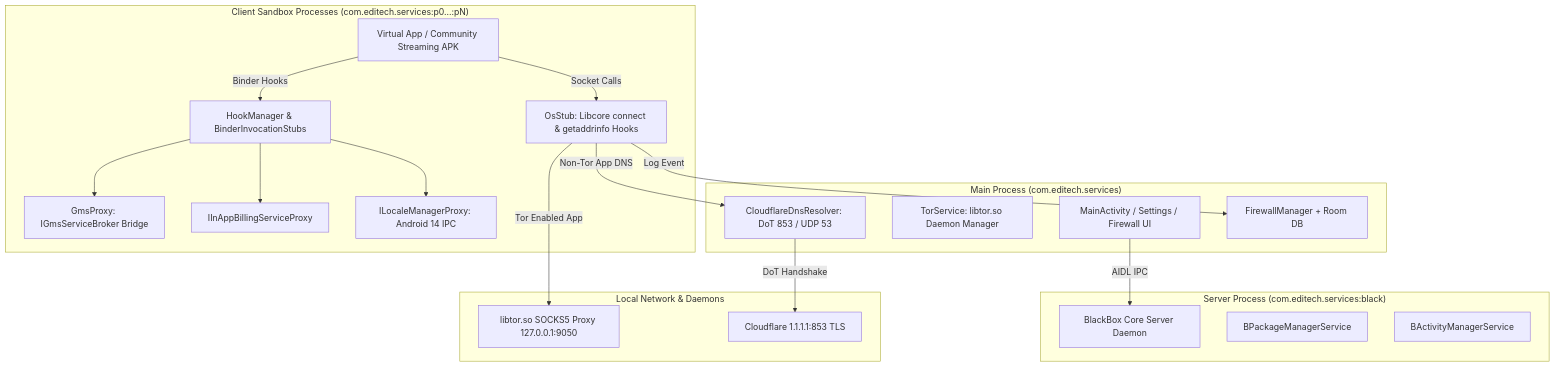
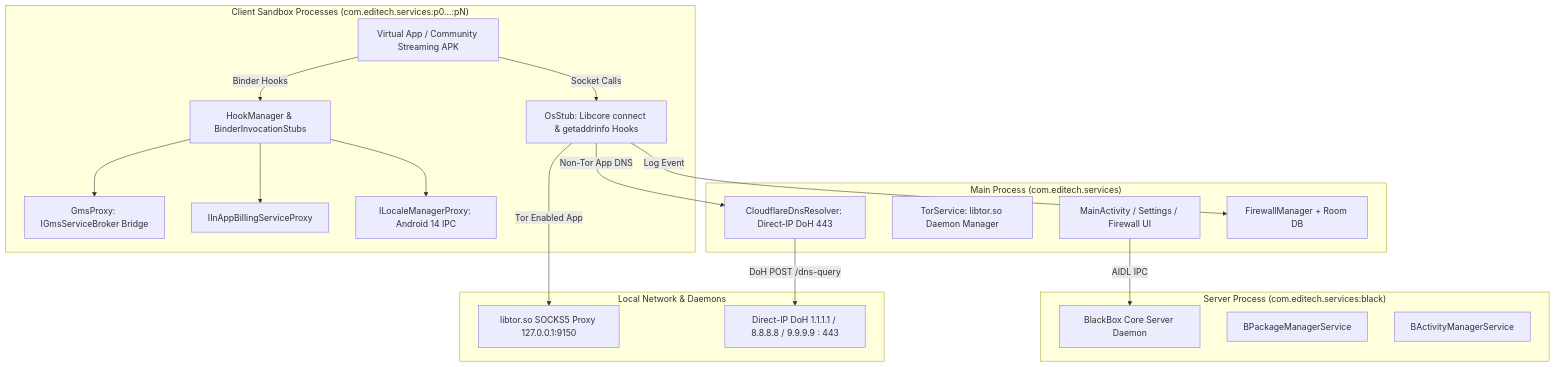
Before and after one commit to editech-dev/vortex-one: the diagram in DEVELOPER.md, drawn with Mermaid. The commit also changed other lines of this file and 5 other files, not shown here.

````diff
--- a/DEVELOPER.md
+++ b/DEVELOPER.md
@@ -25,40 +27,40 @@
 ```mermaid
 graph TD
     subgraph "Main Process (com.editech.services)"
         UI[MainActivity / Settings / Firewall UI]
         TorSvc[TorService: libtor.so Daemon Manager]
-        CFDNS[CloudflareDnsResolver: DoT 853 / UDP 53]
+        CFDNS[CloudflareDnsResolver: Direct-IP DoH 443]
         FWMgr[FirewallManager + Room DB]
     end
 
     subgraph "Server Process (com.editech.services:black)"
         BServer[BlackBox Core Server Daemon]
         BPMServer[BPackageManagerService]
         BAMServer[BActivityManagerService]
     end
 
     subgraph "Client Sandbox Processes (com.editech.services:p0...:pN)"
         VApp[Virtual App / Community Streaming APK]
         HookMgr[HookManager & BinderInvocationStubs]
         OsStub[OsStub: Libcore connect & getaddrinfo Hooks]
         GmsHook[GmsProxy: IGmsServiceBroker Bridge]
         BillHook[IInAppBillingServiceProxy]
         LocaleHook[ILocaleManagerProxy: Android 14 IPC]
     end
 
     subgraph "Local Network & Daemons"
-        TorDaemon[libtor.so SOCKS5 Proxy 127.0.0.1:9050]
-        DoTServer[Cloudflare 1.1.1.1:853 TLS]
+        TorDaemon[libtor.so SOCKS5 Proxy 127.0.0.1:9150]
+        DoHServer[Direct-IP DoH 1.1.1.1 / 8.8.8.8 / 9.9.9.9 : 443]
     end
 
     UI -->|AIDL IPC| BServer
     VApp -->|Binder Hooks| HookMgr
     HookMgr --> GmsHook
     HookMgr --> BillHook
     HookMgr --> LocaleHook
     VApp -->|Socket Calls| OsStub
     OsStub -->|Tor Enabled App| TorDaemon
     OsStub -->|Non-Tor App DNS| CFDNS
-    CFDNS -->|DoT Handshake| DoTServer
+    CFDNS -->|DoH POST /dns-query| DoHServer
     OsStub -->|Log Event| FWMgr
 ```
````
